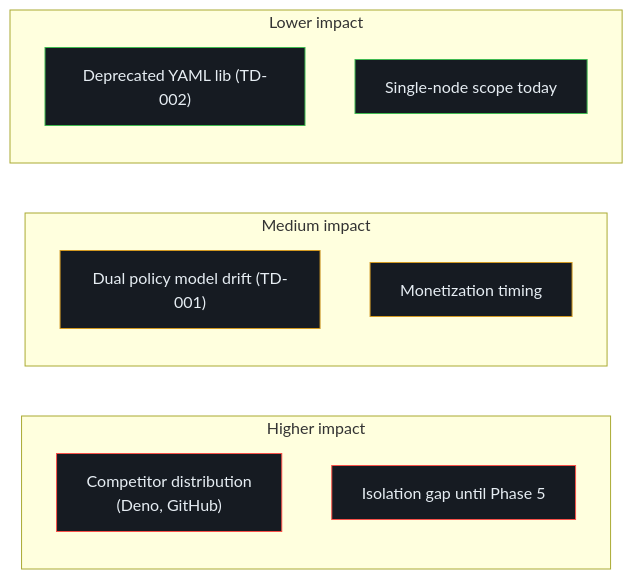
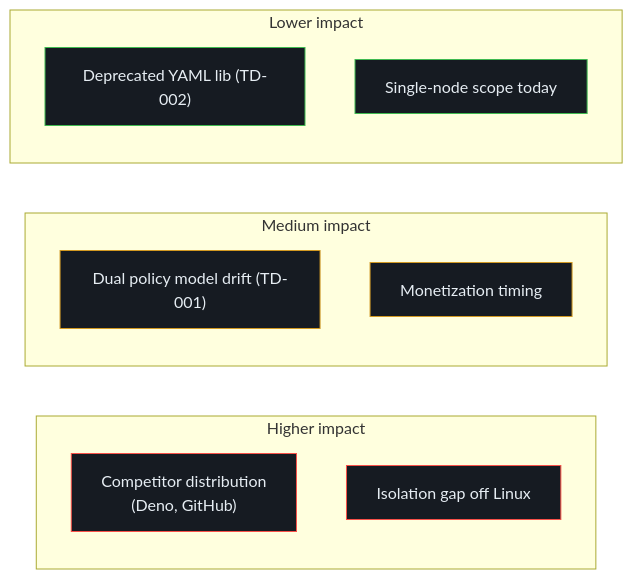
The second of 3 diagrams in wiki/onboarding/executive-guide.md (pleaseai/honmoon), drawn with Mermaid before and after one commit. The commit also changed other lines of this file and 24 other files, not shown here.

First line of the commit message:
feat(cli): enforce `honmoon run` isolation with an empty netns on Linux (ADR-0005) (#71)

````diff
--- a/wiki/onboarding/executive-guide.md
+++ b/wiki/onboarding/executive-guide.md
@@ -88,21 +93,21 @@
 ```mermaid
 flowchart LR
   subgraph high["Higher impact"]
     r1["Competitor distribution<br>(Deno, GitHub)"]
-    r2["Isolation gap until Phase 5"]
+    r2["Isolation gap off Linux"]
   end
   subgraph med["Medium impact"]
     r3["Dual policy model drift (TD-001)"]
     r4["Monetization timing"]
   end
   subgraph low["Lower impact"]
     r5["Deprecated YAML lib (TD-002)"]
     r6["Single-node scope today"]
   end
   style r1 fill:#161b22,stroke:#f85149,color:#e6edf3
   style r2 fill:#161b22,stroke:#f85149,color:#e6edf3
   style r3 fill:#161b22,stroke:#d29922,color:#e6edf3
   style r4 fill:#161b22,stroke:#d29922,color:#e6edf3
   style r5 fill:#161b22,stroke:#3fb950,color:#e6edf3
   style r6 fill:#161b22,stroke:#3fb950,color:#e6edf3
 ```
````
